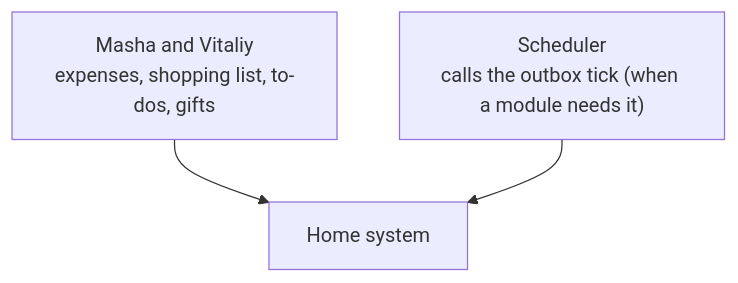
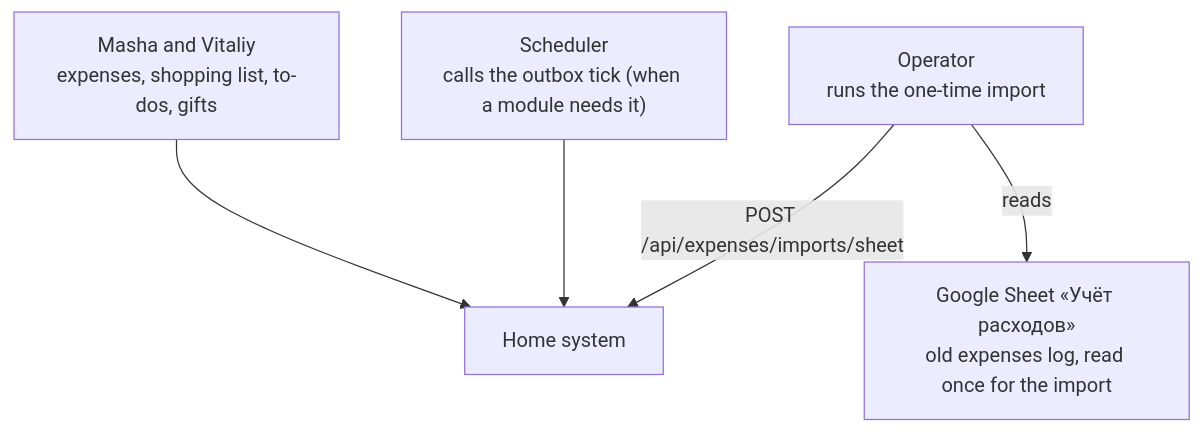
One commit to Weretik/home-app changed the first of 3 diagrams in api/docs/architecture/c4.md. Above: the diagram before and after it, drawn with Mermaid. The commit also changed other lines of this file and 79 other files, not shown here.

First line of the commit message:
Add the Expenses module with the one-time sheet import

````diff
--- a/api/docs/architecture/c4.md
+++ b/api/docs/architecture/c4.md
@@ -7,9 +7,13 @@
 ```mermaid
 flowchart TB
     family["Masha and Vitaliy<br/>expenses, shopping list, to-dos, gifts"]
     system["Home system"]
     scheduler["Scheduler<br/>calls the outbox tick (when a module needs it)"]
+    sheet["Google Sheet «Учёт расходов»<br/>old expenses log, read once for the import"]
+    operator["Operator<br/>runs the one-time import"]
 
     family --> system
     scheduler --> system
+    operator -->|reads| sheet
+    operator -->|"POST /api/expenses/imports/sheet"| system
 ```
````
